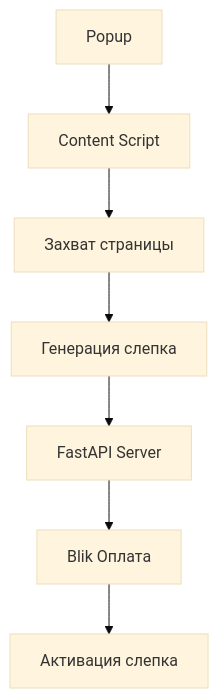
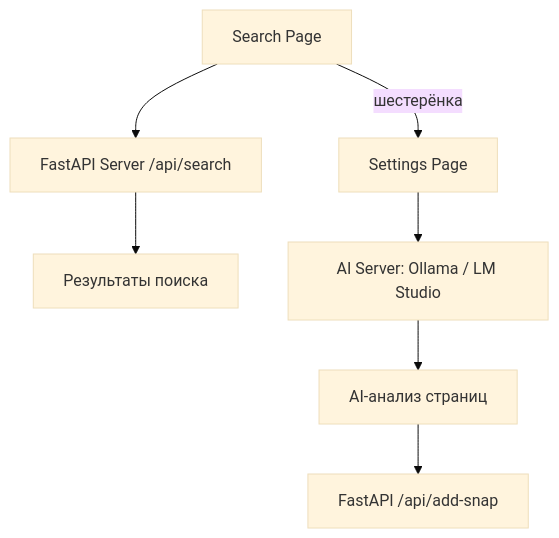
The diagram in README.md (OlegUshakov-pl/APEX-Snap-Chrome-Extension), drawn with Mermaid (base theme) before and after one commit. The commit also changed other lines of this file, not shown here.

````diff
--- a/README.md
+++ b/README.md
@@ -69,9 +73,9 @@
 ```mermaid
 graph TD
-    A[Popup] --> B[Content Script]
-    B --> C[Захват страницы]
-    C --> D[Генерация слепка]
-    D --> E[FastAPI Server]
-    E --> F[Blik Оплата]
-    F --> G[Активация слепка]
+    A[Search Page] --> B[FastAPI Server /api/search]
+    B --> C[Результаты поиска]
+    A -->|шестерёнка| D[Settings Page]
+    D --> E[AI Server: Ollama / LM Studio]
+    E --> F[AI-анализ страниц]
+    F --> G[FastAPI /api/add-snap]
 ```
````
